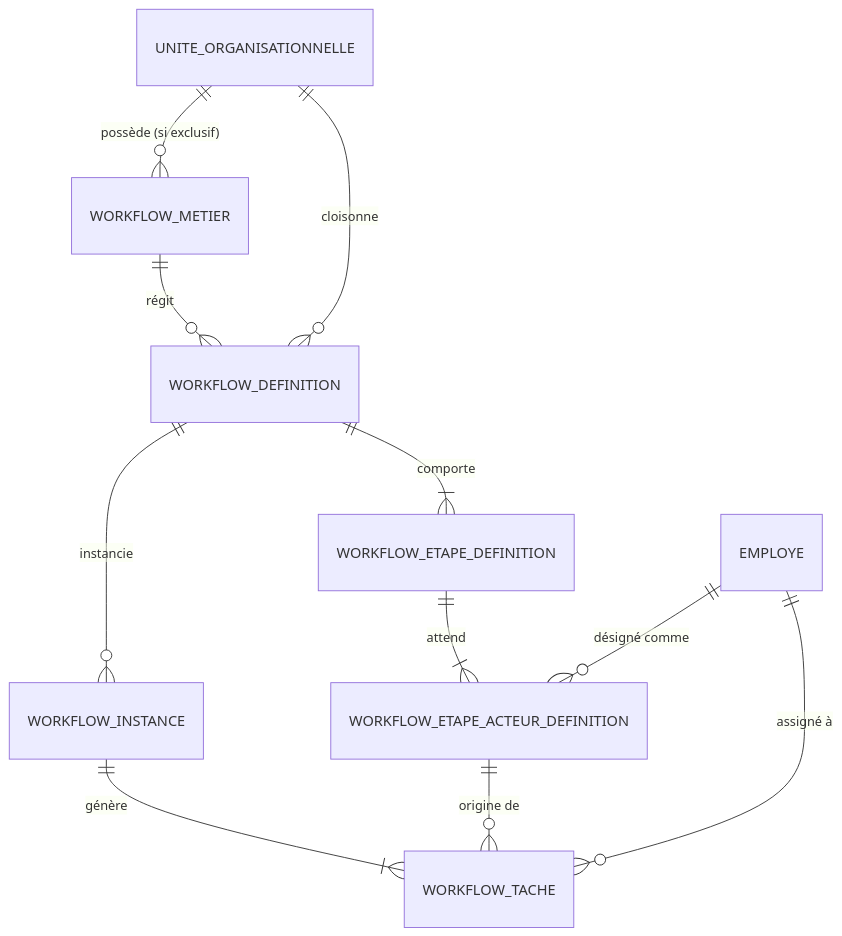
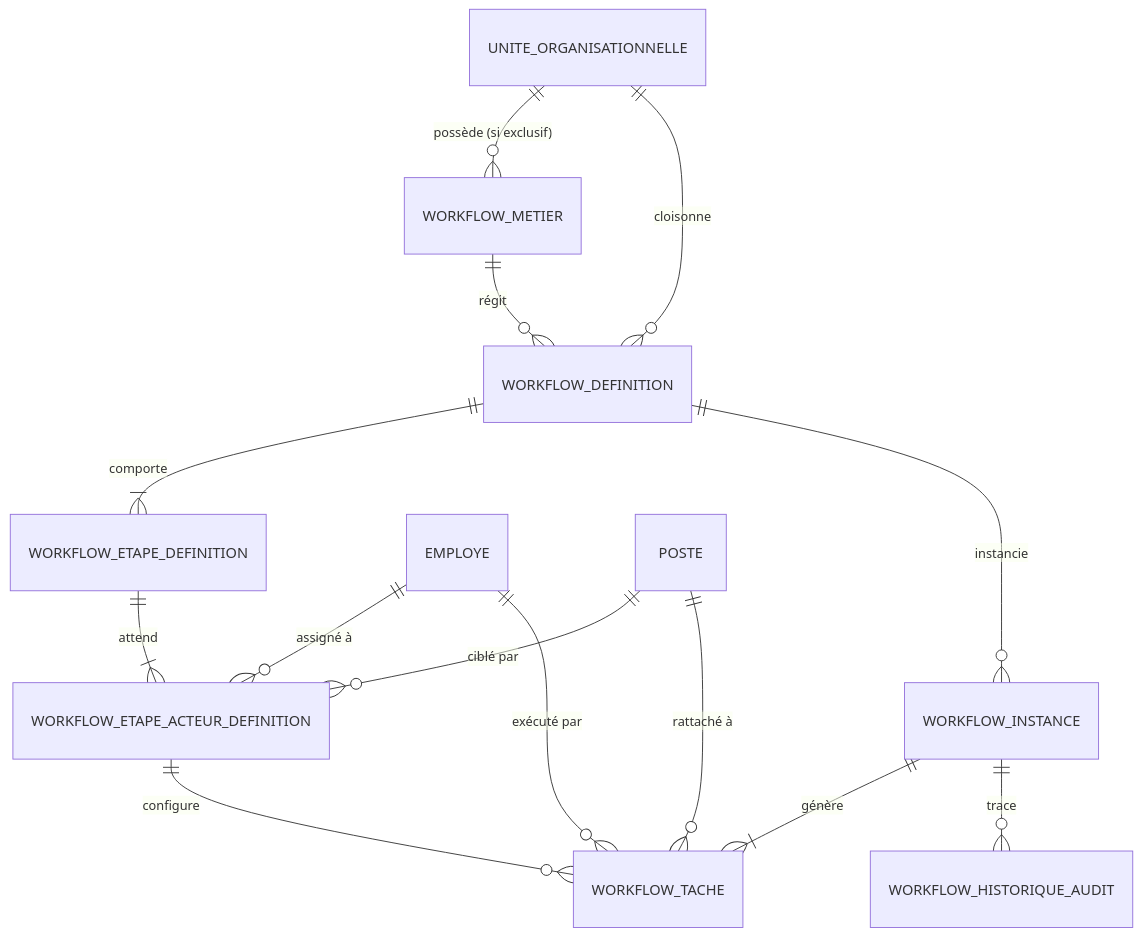
The second of 4 diagrams in WORKFLOW_VISION_ET_ARCHITECTURE.md (blingard/sodepa_backend), drawn with Mermaid before and after one commit. The commit also changed other lines of this file and 143 other files, not shown here.

````diff
--- a/WORKFLOW_VISION_ET_ARCHITECTURE.md
+++ b/WORKFLOW_VISION_ET_ARCHITECTURE.md
@@ -59,13 +89,16 @@
 ```mermaid
 erDiagram
     WORKFLOW_METIER ||--o{ WORKFLOW_DEFINITION : "régit"
     UNITE_ORGANISATIONNELLE ||--o{ WORKFLOW_METIER : "possède (si exclusif)"
     UNITE_ORGANISATIONNELLE ||--o{ WORKFLOW_DEFINITION : "cloisonne"
     WORKFLOW_DEFINITION ||--|{ WORKFLOW_ETAPE_DEFINITION : "comporte"
     WORKFLOW_ETAPE_DEFINITION ||--|{ WORKFLOW_ETAPE_ACTEUR_DEFINITION : "attend"
-    EMPLOYE ||--o{ WORKFLOW_ETAPE_ACTEUR_DEFINITION : "désigné comme"
+    EMPLOYE ||--o{ WORKFLOW_ETAPE_ACTEUR_DEFINITION : "assigné à"
+    POSTE ||--o{ WORKFLOW_ETAPE_ACTEUR_DEFINITION : "ciblé par"
     WORKFLOW_DEFINITION ||--o{ WORKFLOW_INSTANCE : "instancie"
     WORKFLOW_INSTANCE ||--|{ WORKFLOW_TACHE : "génère"
-    WORKFLOW_ETAPE_ACTEUR_DEFINITION ||--o{ WORKFLOW_TACHE : "origine de"
-    EMPLOYE ||--o{ WORKFLOW_TACHE : "assigné à"
+    WORKFLOW_ETAPE_ACTEUR_DEFINITION ||--o{ WORKFLOW_TACHE : "configure"
+    EMPLOYE ||--o{ WORKFLOW_TACHE : "exécuté par"
+    POSTE ||--o{ WORKFLOW_TACHE : "rattaché à"
+    WORKFLOW_INSTANCE ||--o{ WORKFLOW_HISTORIQUE_AUDIT : "trace"
 ```
````
